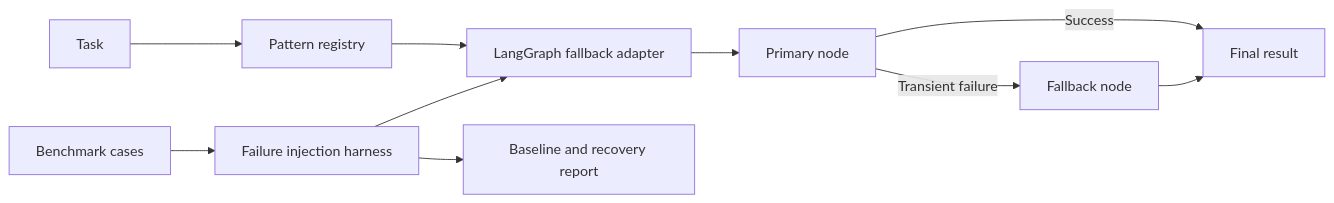
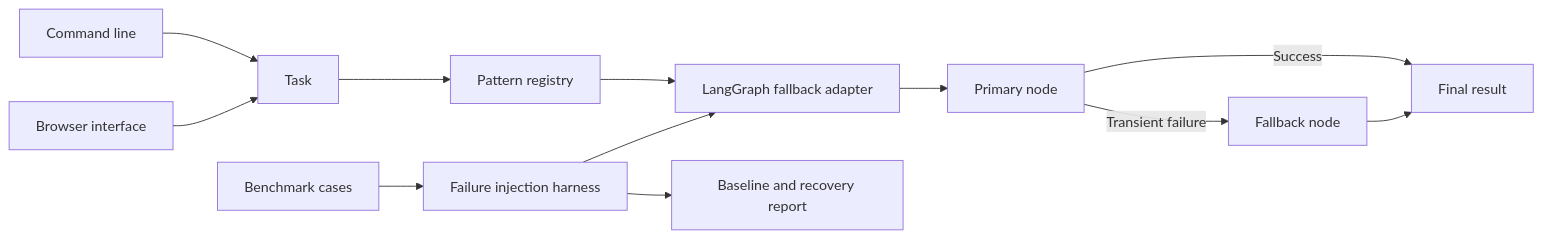
The diagram in README.md (kh-bikash/open-agent-patterns), drawn with Mermaid before and after one commit. The commit also changed other lines of this file and 11 other files, not shown here.

Commit message:
Ship runnable CLI and browser product

````diff
--- a/README.md
+++ b/README.md
@@ -37,12 +39,14 @@
 ```mermaid
 flowchart LR
+    CLI[Command line] --> Task
+    Browser[Browser interface] --> Task
     Task[Task] --> Registry[Pattern registry]
     Registry --> Adapter[LangGraph fallback adapter]
     Adapter --> Primary[Primary node]
     Primary -->|Transient failure| Fallback[Fallback node]
     Primary -->|Success| Result[Final result]
     Fallback --> Result
     Cases[Benchmark cases] --> Harness[Failure injection harness]
     Harness --> Adapter
     Harness --> Report[Baseline and recovery report]
 ```
````
